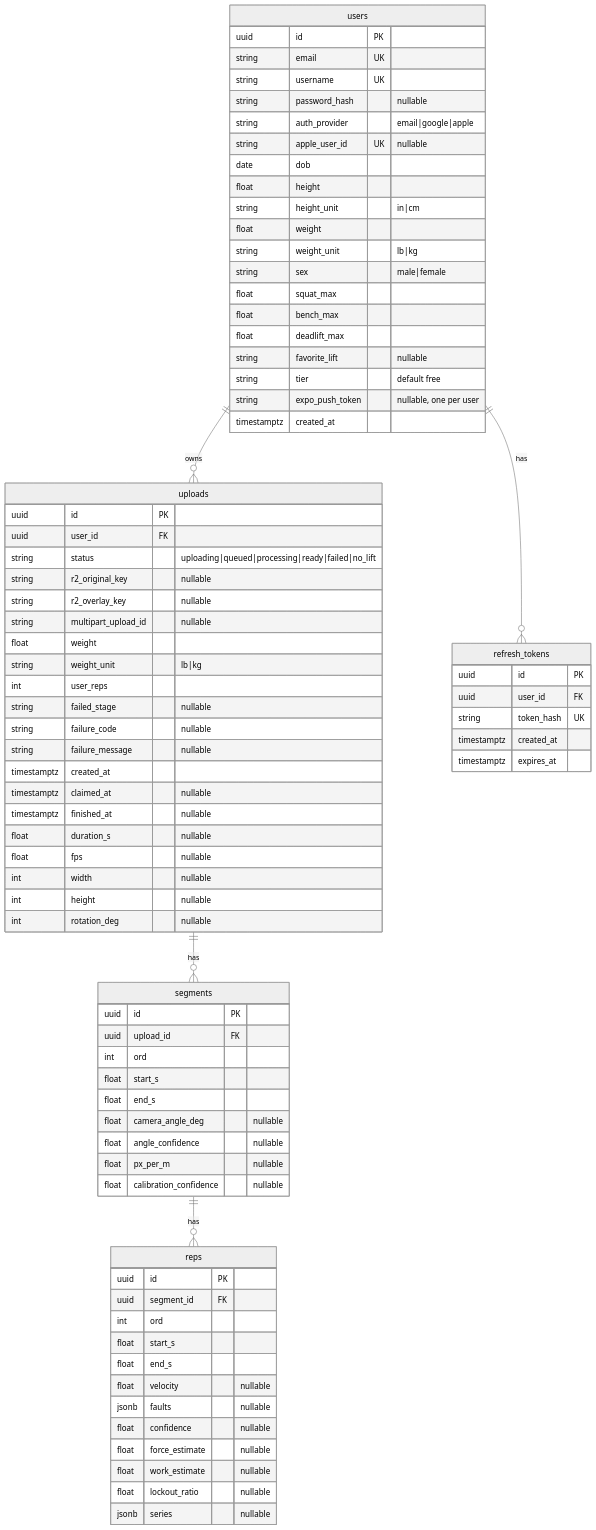
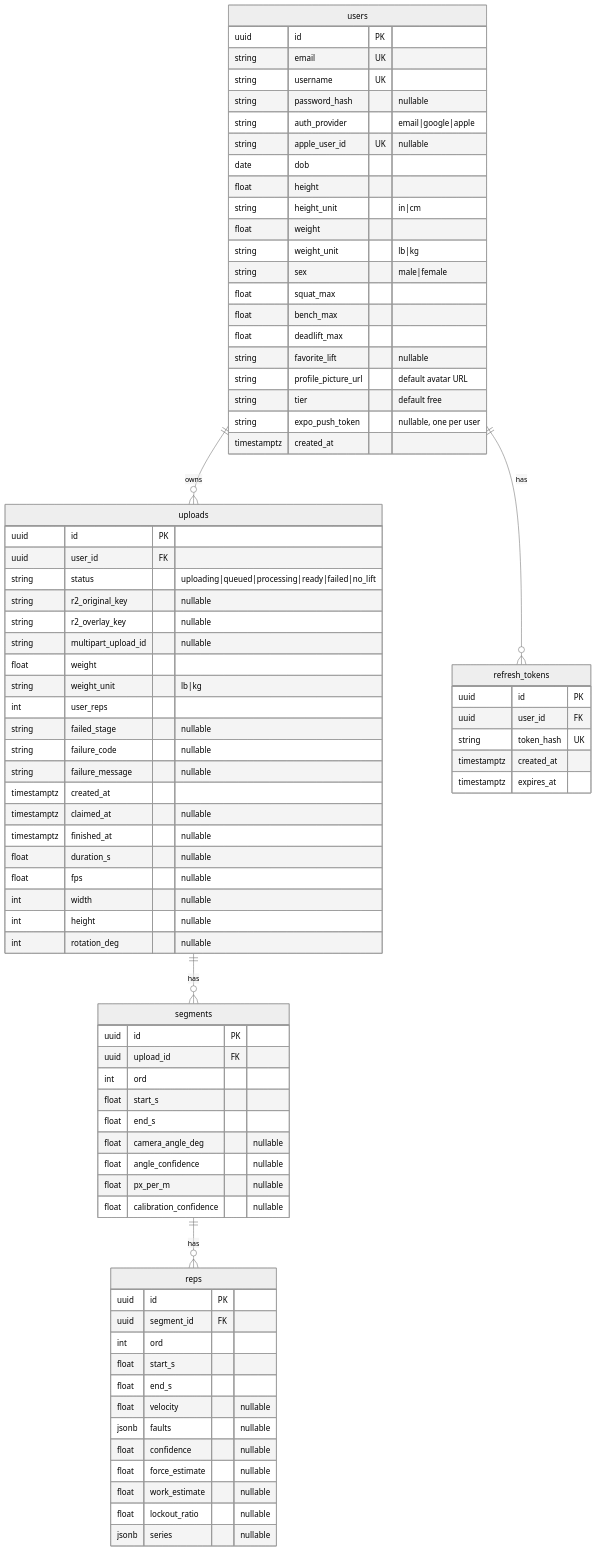
The diagram in diagrams/er-data-model.md (ctsc/LiftCam), drawn with Mermaid (neutral theme) before and after one commit. The commit also changed 25 other files, not shown here.

```diff
--- a/diagrams/er-data-model.md
+++ b/diagrams/er-data-model.md
@@ -26,6 +26,7 @@
     float bench_max
     float deadlift_max
     string favorite_lift "nullable"
+    string profile_picture_url "default avatar URL"
     string tier "default free"
     string expo_push_token "nullable, one per user"
     timestamptz created_at
```
